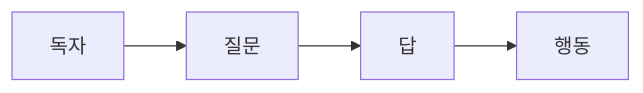
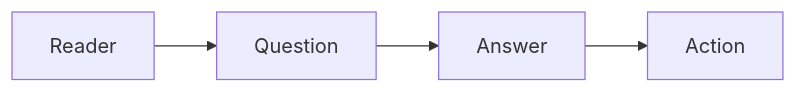
One commit to yeongseon-books/book-content changed the diagram in content/technical-writing-101/ko/01-what-is-technical-writing.md. Above: the diagram before and after it, drawn with Mermaid. The commit also changed other lines of this file and 9 other files, not shown here.

````diff
--- a/content/technical-writing-101/ko/01-what-is-technical-writing.md
+++ b/content/technical-writing-101/ko/01-what-is-technical-writing.md
@@ -50,6 +50,6 @@
 ```mermaid
 flowchart LR
-    R[독자] --> Q[질문]
-    Q --> A[답]
-    A --> X[행동]
+    R[Reader] --> Q[Question]
+    Q --> A[Answer]
+    A --> X[Action]
 ```
````
